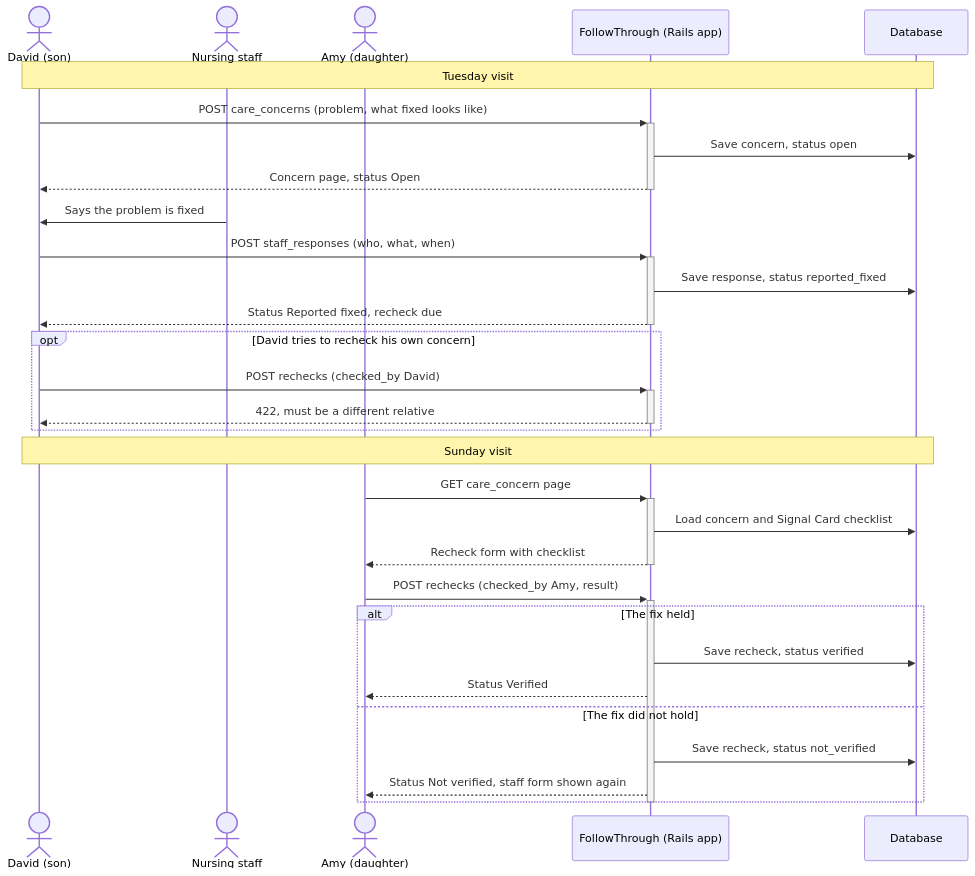
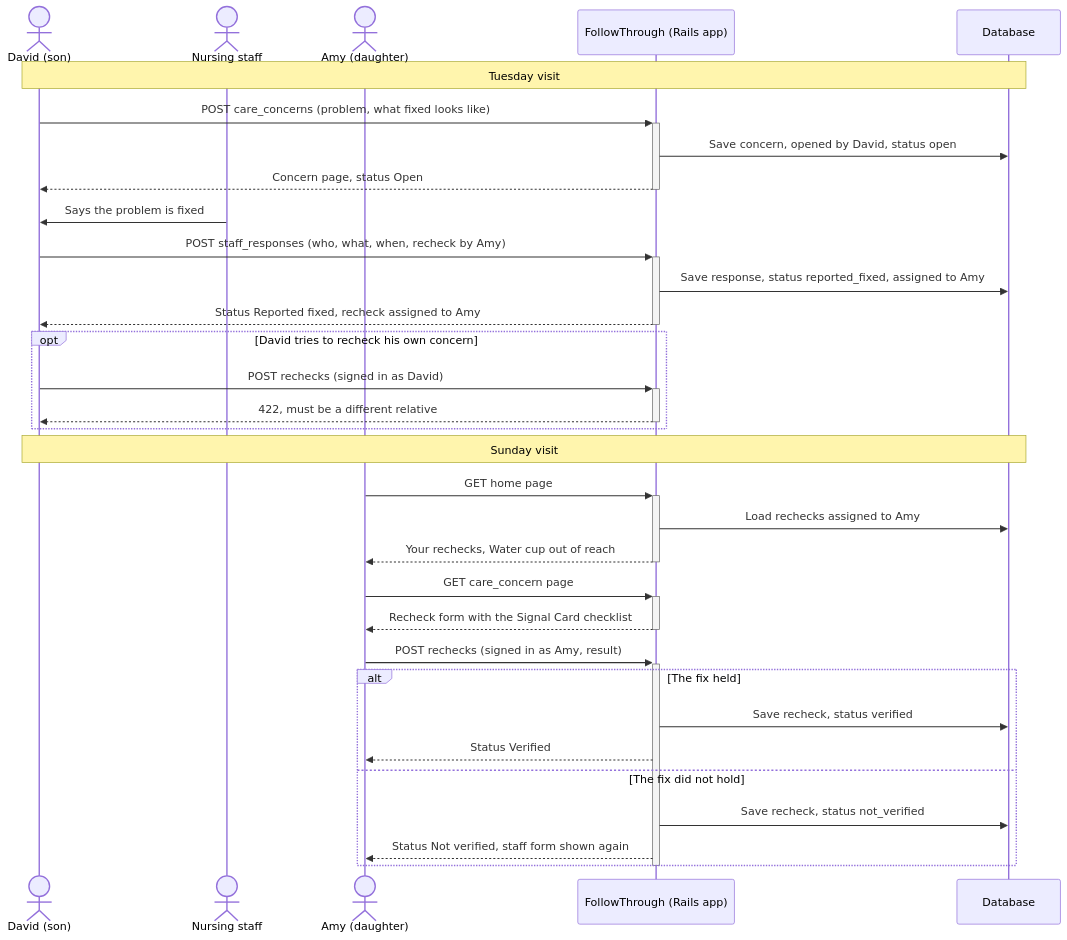
One commit to Zoeooeo/followthrough changed the diagram in README.md. Above: the diagram before and after it, drawn with Mermaid. The commit also changed other lines of this file and 1 other file, not shown here.

````diff
--- a/README.md
+++ b/README.md
@@ -26,36 +43,38 @@
 ```mermaid
 sequenceDiagram
     actor David as David (son)
     actor Staff as Nursing staff
     actor Amy as Amy (daughter)
     participant App as FollowThrough (Rails app)
     participant DB as Database
 
     Note over David,DB: Tuesday visit
     David->>+App: POST care_concerns (problem, what fixed looks like)
-    App->>DB: Save concern, status open
+    App->>DB: Save concern, opened by David, status open
     App-->>-David: Concern page, status Open
     Staff->>David: Says the problem is fixed
-    David->>+App: POST staff_responses (who, what, when)
-    App->>DB: Save response, status reported_fixed
-    App-->>-David: Status Reported fixed, recheck due
+    David->>+App: POST staff_responses (who, what, when, recheck by Amy)
+    App->>DB: Save response, status reported_fixed, assigned to Amy
+    App-->>-David: Status Reported fixed, recheck assigned to Amy
 
     opt David tries to recheck his own concern
-        David->>+App: POST rechecks (checked_by David)
+        David->>+App: POST rechecks (signed in as David)
         App-->>-David: 422, must be a different relative
     end
 
     Note over David,DB: Sunday visit
+    Amy->>+App: GET home page
+    App->>DB: Load rechecks assigned to Amy
+    App-->>-Amy: Your rechecks, Water cup out of reach
     Amy->>+App: GET care_concern page
-    App->>DB: Load concern and Signal Card checklist
-    App-->>-Amy: Recheck form with checklist
-    Amy->>+App: POST rechecks (checked_by Amy, result)
+    App-->>-Amy: Recheck form with the Signal Card checklist
+    Amy->>+App: POST rechecks (signed in as Amy, result)
     alt The fix held
         App->>DB: Save recheck, status verified
         App-->>Amy: Status Verified
     else The fix did not hold
         App->>DB: Save recheck, status not_verified
         App-->>Amy: Status Not verified, staff form shown again
     end
     deactivate App
 ```
````
